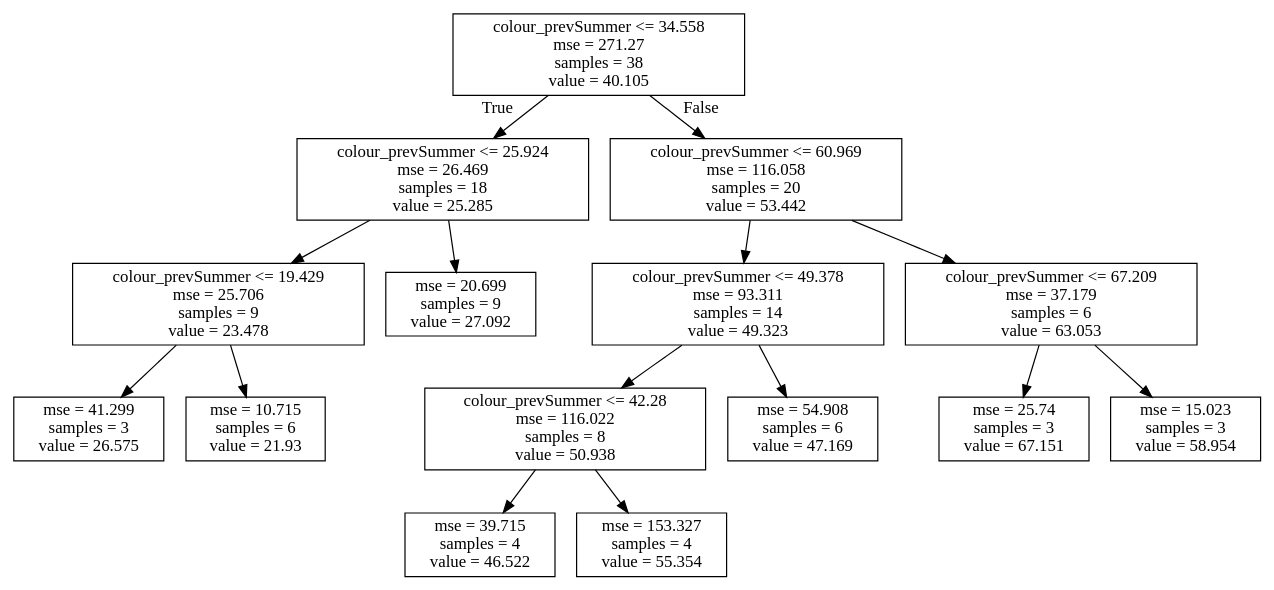
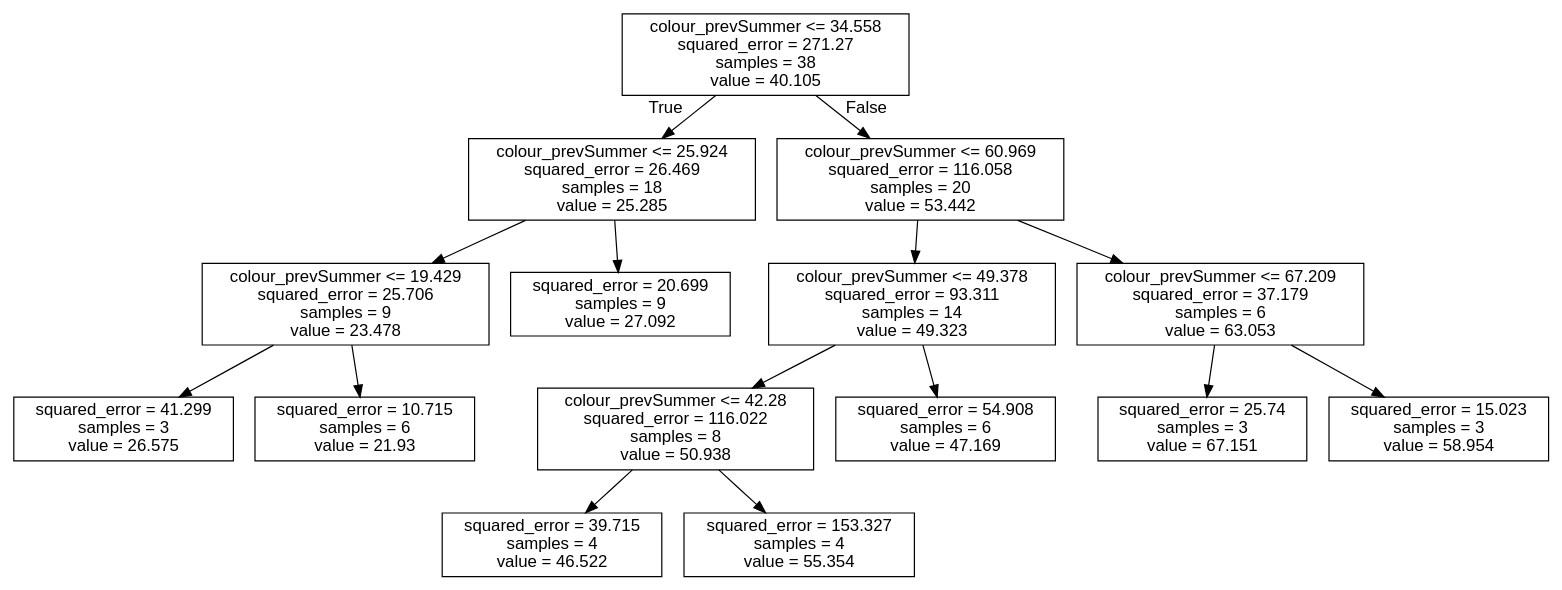
The diagram in Norway_Morsa/BayesianNetwork/Figures/Discretization_regTrees/Pairwise/DotFiles/metno_6Mseasons_colour-colour_prevSummer.dot (NIVANorge/seasonal_forecasting_watexr), drawn with Graphviz before and after one commit. The commit also changed 113 other files, not shown here.

```diff
--- a/Norway_Morsa/BayesianNetwork/Figures/Discretization_regTrees/Pairwise/DotFiles/metno_6Mseasons_colour-colour_prevSummer.dot
+++ b/Norway_Morsa/BayesianNetwork/Figures/Discretization_regTrees/Pairwise/DotFiles/metno_6Mseasons_colour-colour_prevSummer.dot
@@ -1,32 +1,33 @@
 digraph Tree {
-node [shape=box] ;
-0 [label="colour_prevSummer <= 34.558\nmse = 271.27\nsamples = 38\nvalue = 40.105"] ;
-1 [label="colour_prevSummer <= 25.924\nmse = 26.469\nsamples = 18\nvalue = 25.285"] ;
+node [shape=box, fontname="helvetica"] ;
+edge [fontname="helvetica"] ;
+0 [label="colour_prevSummer <= 34.558\nsquared_error = 271.27\nsamples = 38\nvalue = 40.105"] ;
+1 [label="colour_prevSummer <= 25.924\nsquared_error = 26.469\nsamples = 18\nvalue = 25.285"] ;
 0 -> 1 [labeldistance=2.5, labelangle=45, headlabel="True"] ;
-7 [label="colour_prevSummer <= 19.429\nmse = 25.706\nsamples = 9\nvalue = 23.478"] ;
+7 [label="colour_prevSummer <= 19.429\nsquared_error = 25.706\nsamples = 9\nvalue = 23.478"] ;
 1 -> 7 ;
-13 [label="mse = 41.299\nsamples = 3\nvalue = 26.575"] ;
+13 [label="squared_error = 41.299\nsamples = 3\nvalue = 26.575"] ;
 7 -> 13 ;
-14 [label="mse = 10.715\nsamples = 6\nvalue = 21.93"] ;
+14 [label="squared_error = 10.715\nsamples = 6\nvalue = 21.93"] ;
 7 -> 14 ;
-8 [label="mse = 20.699\nsamples = 9\nvalue = 27.092"] ;
+8 [label="squared_error = 20.699\nsamples = 9\nvalue = 27.092"] ;
 1 -> 8 ;
-2 [label="colour_prevSummer <= 60.969\nmse = 116.058\nsamples = 20\nvalue = 53.442"] ;
+2 [label="colour_prevSummer <= 60.969\nsquared_error = 116.058\nsamples = 20\nvalue = 53.442"] ;
 0 -> 2 [labeldistance=2.5, labelangle=-45, headlabel="False"] ;
-3 [label="colour_prevSummer <= 49.378\nmse = 93.311\nsamples = 14\nvalue = 49.323"] ;
+3 [label="colour_prevSummer <= 49.378\nsquared_error = 93.311\nsamples = 14\nvalue = 49.323"] ;
 2 -> 3 ;
-9 [label="colour_prevSummer <= 42.28\nmse = 116.022\nsamples = 8\nvalue = 50.938"] ;
+9 [label="colour_prevSummer <= 42.28\nsquared_error = 116.022\nsamples = 8\nvalue = 50.938"] ;
 3 -> 9 ;
-11 [label="mse = 39.715\nsamples = 4\nvalue = 46.522"] ;
+11 [label="squared_error = 39.715\nsamples = 4\nvalue = 46.522"] ;
 9 -> 11 ;
-12 [label="mse = 153.327\nsamples = 4\nvalue = 55.354"] ;
+12 [label="squared_error = 153.327\nsamples = 4\nvalue = 55.354"] ;
 9 -> 12 ;
-10 [label="mse = 54.908\nsamples = 6\nvalue = 47.169"] ;
+10 [label="squared_error = 54.908\nsamples = 6\nvalue = 47.169"] ;
 3 -> 10 ;
-4 [label="colour_prevSummer <= 67.209\nmse = 37.179\nsamples = 6\nvalue = 63.053"] ;
+4 [label="colour_prevSummer <= 67.209\nsquared_error = 37.179\nsamples = 6\nvalue = 63.053"] ;
 2 -> 4 ;
-5 [label="mse = 25.74\nsamples = 3\nvalue = 67.151"] ;
+5 [label="squared_error = 25.74\nsamples = 3\nvalue = 67.151"] ;
 4 -> 5 ;
-6 [label="mse = 15.023\nsamples = 3\nvalue = 58.954"] ;
+6 [label="squared_error = 15.023\nsamples = 3\nvalue = 58.954"] ;
 4 -> 6 ;
 }
```
